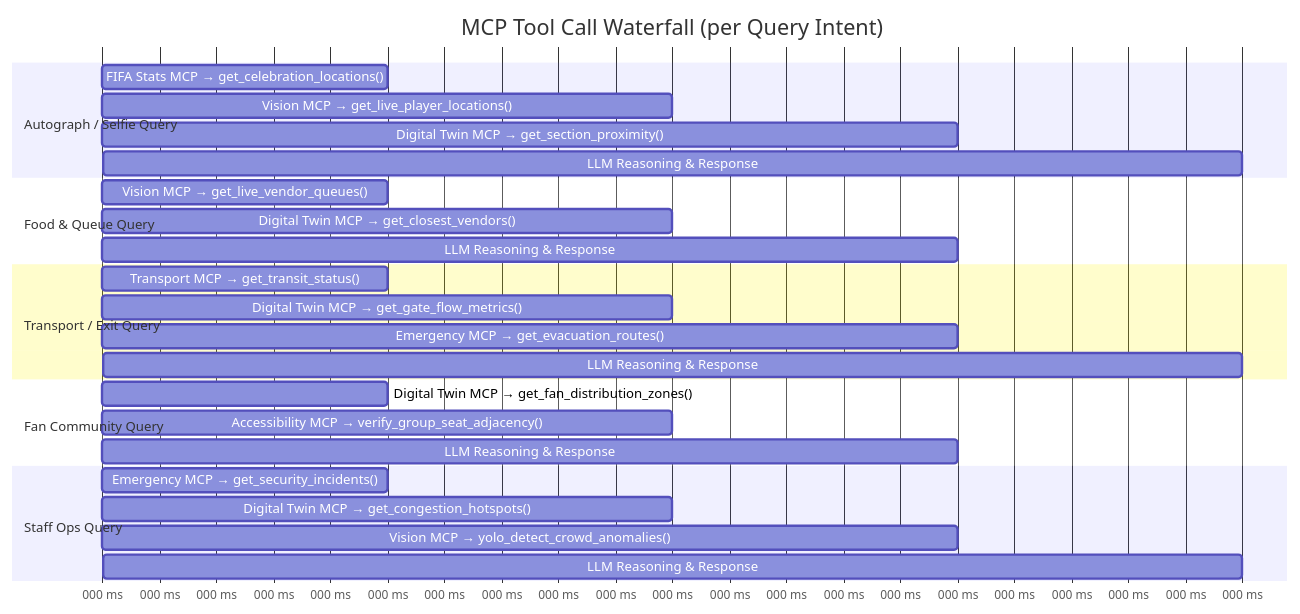
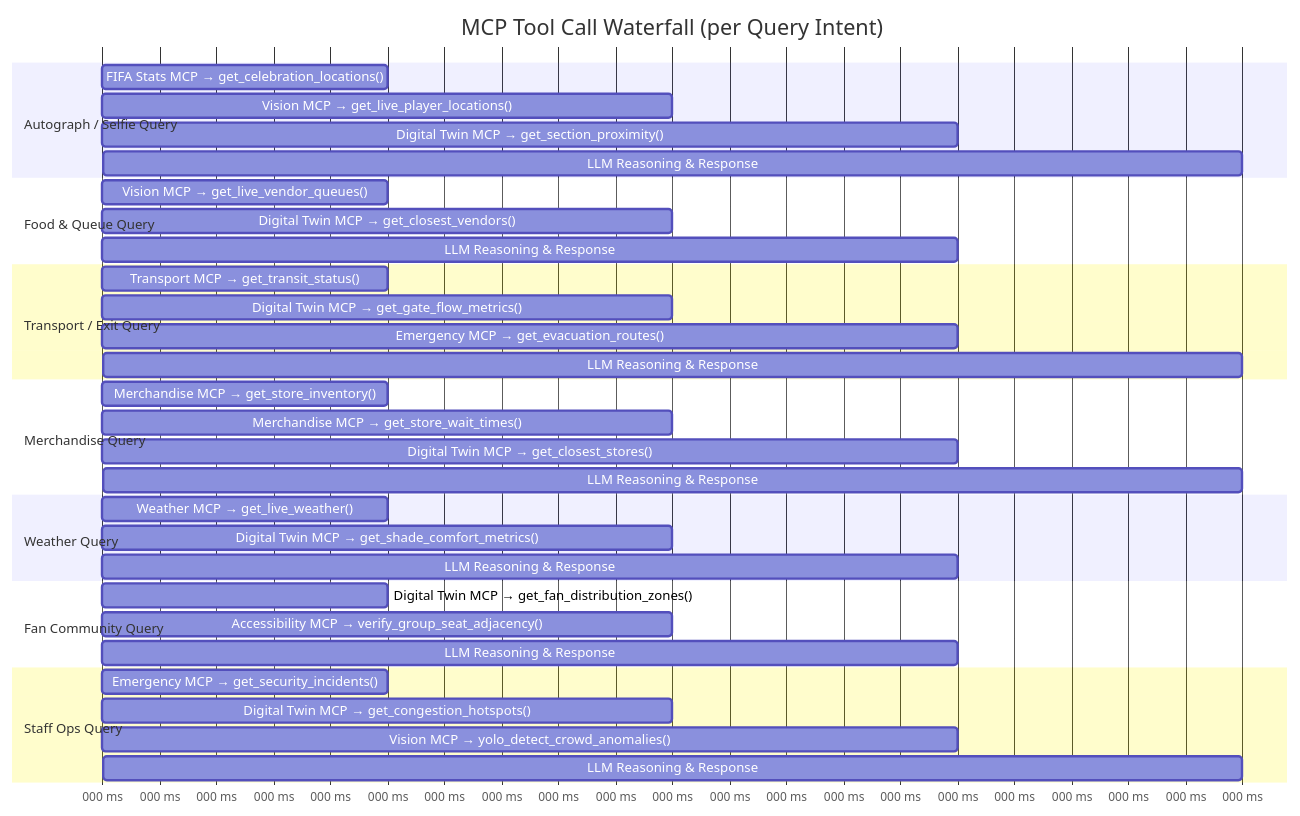
One commit to Varshitha-Chereddy06/Promptwars changed the sixth of 6 diagrams in README.md. Above: the diagram before and after it, drawn with Mermaid. The commit also changed other lines of this file and 5 other files, not shown here.

````diff
--- a/README.md
+++ b/README.md
@@ -295,34 +331,45 @@
 ```mermaid
 gantt
     title MCP Tool Call Waterfall (per Query Intent)
     dateFormat  X
     axisFormat  %L ms
 
     section Autograph / Selfie Query
     FIFA Stats MCP → get_celebration_locations()    :a1, 0, 300
     Vision MCP → get_live_player_locations()        :a2, 300, 600
     Digital Twin MCP → get_section_proximity()      :a3, 600, 900
     LLM Reasoning & Response                        :a4, 900, 1200
 
     section Food & Queue Query
     Vision MCP → get_live_vendor_queues()           :b1, 0, 300
     Digital Twin MCP → get_closest_vendors()        :b2, 300, 600
     LLM Reasoning & Response                        :b3, 600, 900
 
     section Transport / Exit Query
     Transport MCP → get_transit_status()            :c1, 0, 300
     Digital Twin MCP → get_gate_flow_metrics()      :c2, 300, 600
     Emergency MCP → get_evacuation_routes()         :c3, 600, 900
     LLM Reasoning & Response                        :c4, 900, 1200
 
+    section Merchandise Query
+    Merchandise MCP → get_store_inventory()         :f1, 0, 300
+    Merchandise MCP → get_store_wait_times()        :f2, 300, 600
+    Digital Twin MCP → get_closest_stores()         :f3, 600, 900
+    LLM Reasoning & Response                        :f4, 900, 1200
+
+    section Weather Query
+    Weather MCP → get_live_weather()                :g1, 0, 300
+    Digital Twin MCP → get_shade_comfort_metrics()  :g2, 300, 600
+    LLM Reasoning & Response                        :g3, 600, 900
+
     section Fan Community Query
     Digital Twin MCP → get_fan_distribution_zones() :d1, 0, 300
     Accessibility MCP → verify_group_seat_adjacency():d2, 300, 600
     LLM Reasoning & Response                         :d3, 600, 900
 
     section Staff Ops Query
     Emergency MCP → get_security_incidents()        :e1, 0, 300
     Digital Twin MCP → get_congestion_hotspots()    :e2, 300, 600
     Vision MCP → yolo_detect_crowd_anomalies()      :e3, 600, 900
     LLM Reasoning & Response                        :e4, 900, 1200
 ```
````
